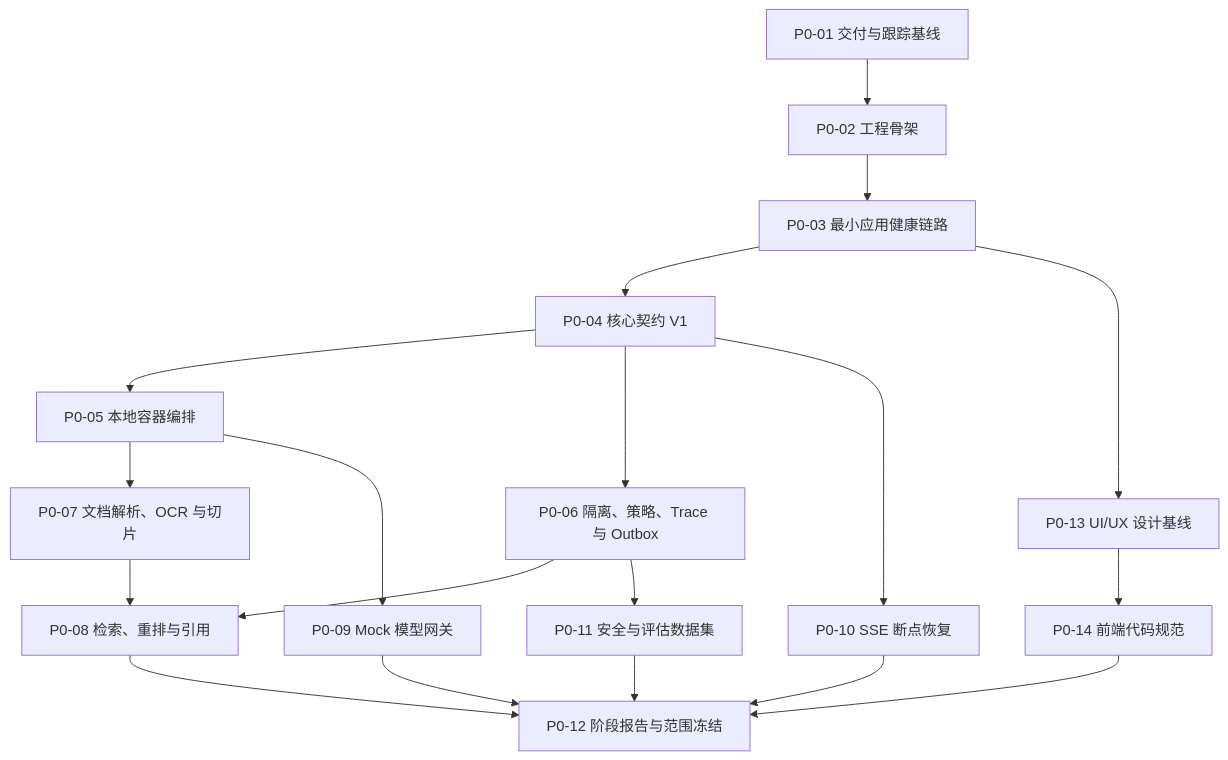
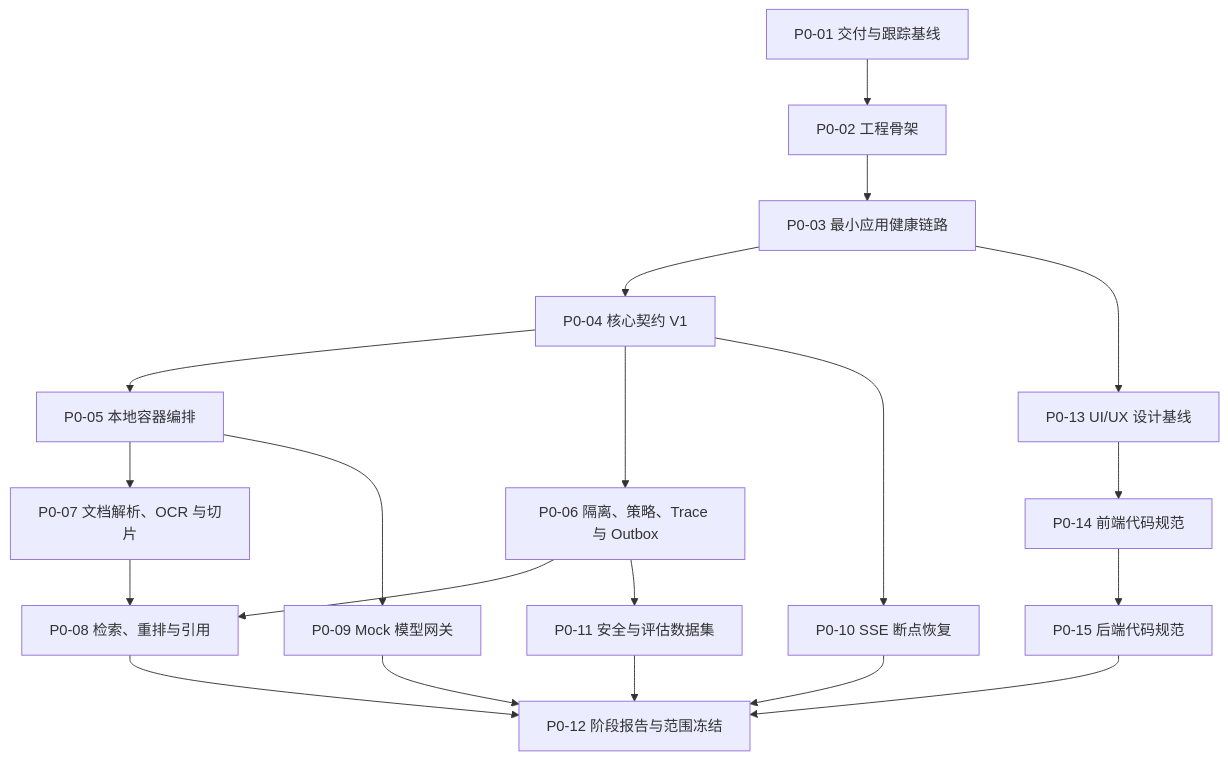
Before and after one commit to chengit16/AI: the diagram in docs/stages/stage-0-plan.md, drawn with Mermaid. The commit also changed other lines of this file and 8 other files, not shown here.

````diff
--- a/docs/stages/stage-0-plan.md
+++ b/docs/stages/stage-0-plan.md
@@ -9,21 +9,22 @@
 ```mermaid
 flowchart TD
     P001["P0-01 交付与跟踪基线"] --> P002["P0-02 工程骨架"]
     P002 --> P003["P0-03 最小应用健康链路"]
     P003 --> P004["P0-04 核心契约 V1"]
     P004 --> P005["P0-05 本地容器编排"]
     P004 --> P006["P0-06 隔离、策略、Trace 与 Outbox"]
     P005 --> P007["P0-07 文档解析、OCR 与切片"]
     P006 --> P008["P0-08 检索、重排与引用"]
     P007 --> P008
     P005 --> P009["P0-09 Mock 模型网关"]
     P004 --> P010["P0-10 SSE 断点恢复"]
     P006 --> P011["P0-11 安全与评估数据集"]
     P008 --> P012["P0-12 阶段报告与范围冻结"]
     P003 --> P013["P0-13 UI/UX 设计基线"]
     P013 --> P014["P0-14 前端代码规范"]
-    P014 --> P012
+    P014 --> P015["P0-15 后端代码规范"]
+    P015 --> P012
     P009 --> P012
     P010 --> P012
     P011 --> P012
 ```
````
